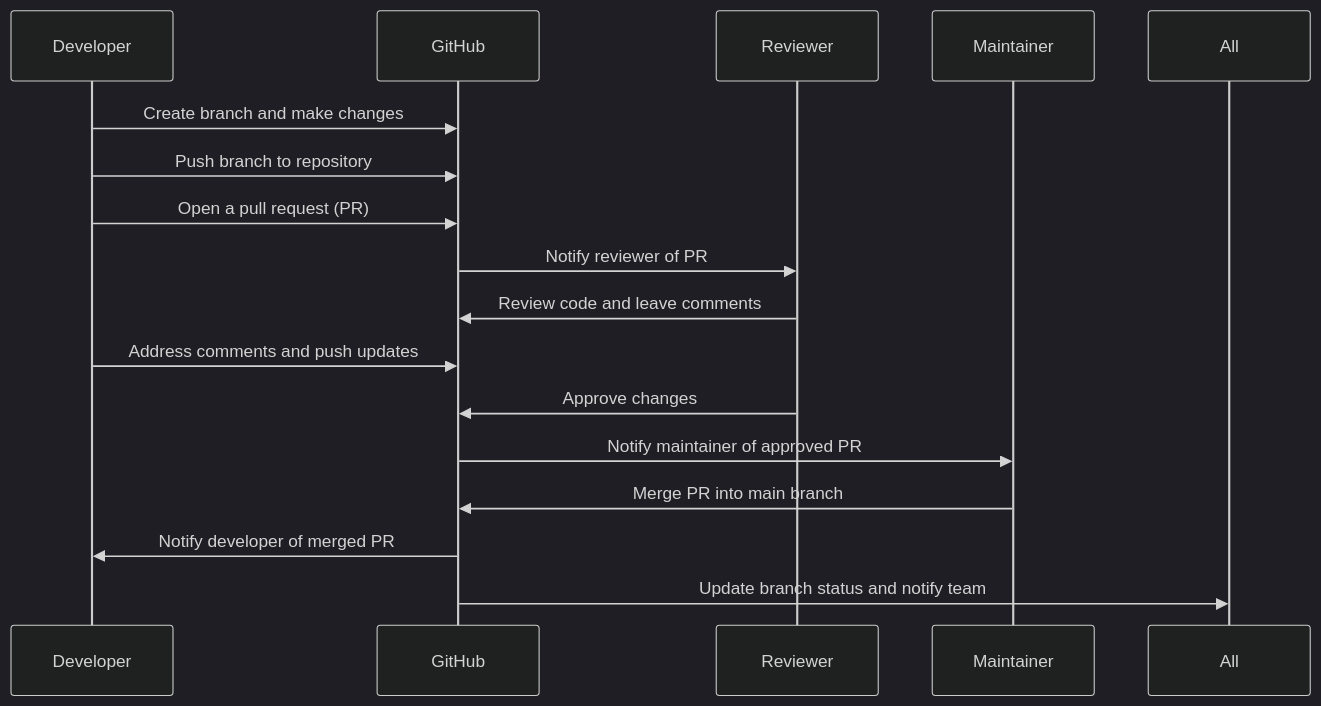
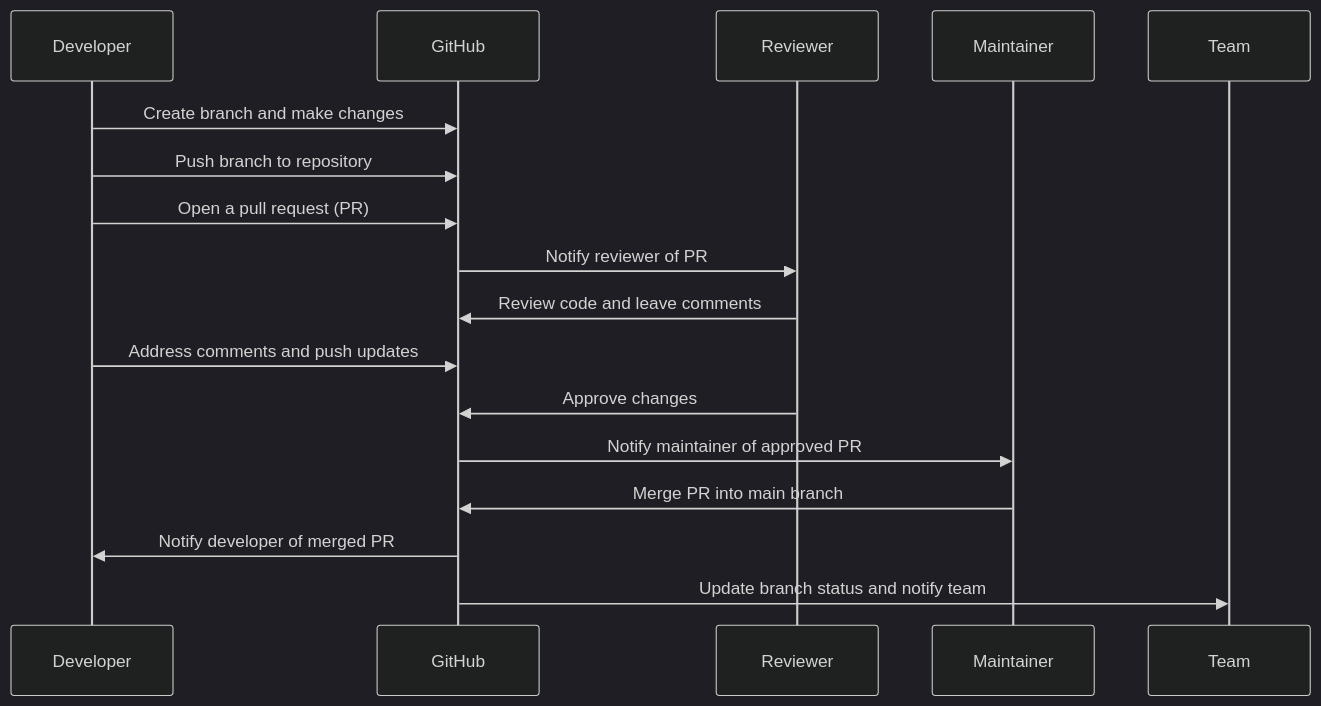
Before and after one commit to privacy-scaling-explorations/core-program: the diagram in 2024/week0_course_primer.md, drawn with Mermaid (dark theme).

Commit message:
Update week0_course_primer.md
Label change from All to team

````diff
--- a/2024/week0_course_primer.md
+++ b/2024/week0_course_primer.md
@@ -32,19 +32,19 @@
 ```mermaid
 sequenceDiagram
     participant Developer
     participant GitHub
     participant Reviewer
     participant Maintainer
 
     Developer->>GitHub: Create branch and make changes
     Developer->>GitHub: Push branch to repository
     Developer->>GitHub: Open a pull request (PR)
     GitHub->>Reviewer: Notify reviewer of PR
     Reviewer->>GitHub: Review code and leave comments
     Developer->>GitHub: Address comments and push updates
     Reviewer->>GitHub: Approve changes
     GitHub->>Maintainer: Notify maintainer of approved PR
     Maintainer->>GitHub: Merge PR into main branch
     GitHub->>Developer: Notify developer of merged PR
-    GitHub->>All: Update branch status and notify team
+    GitHub->>Team: Update branch status and notify team
 ```
````
